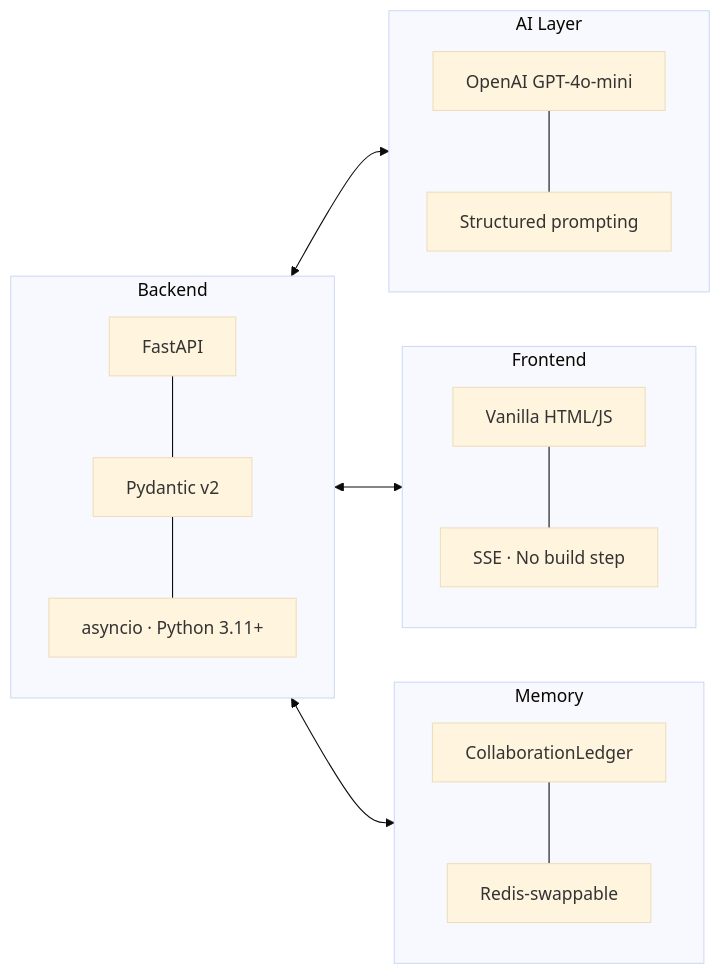
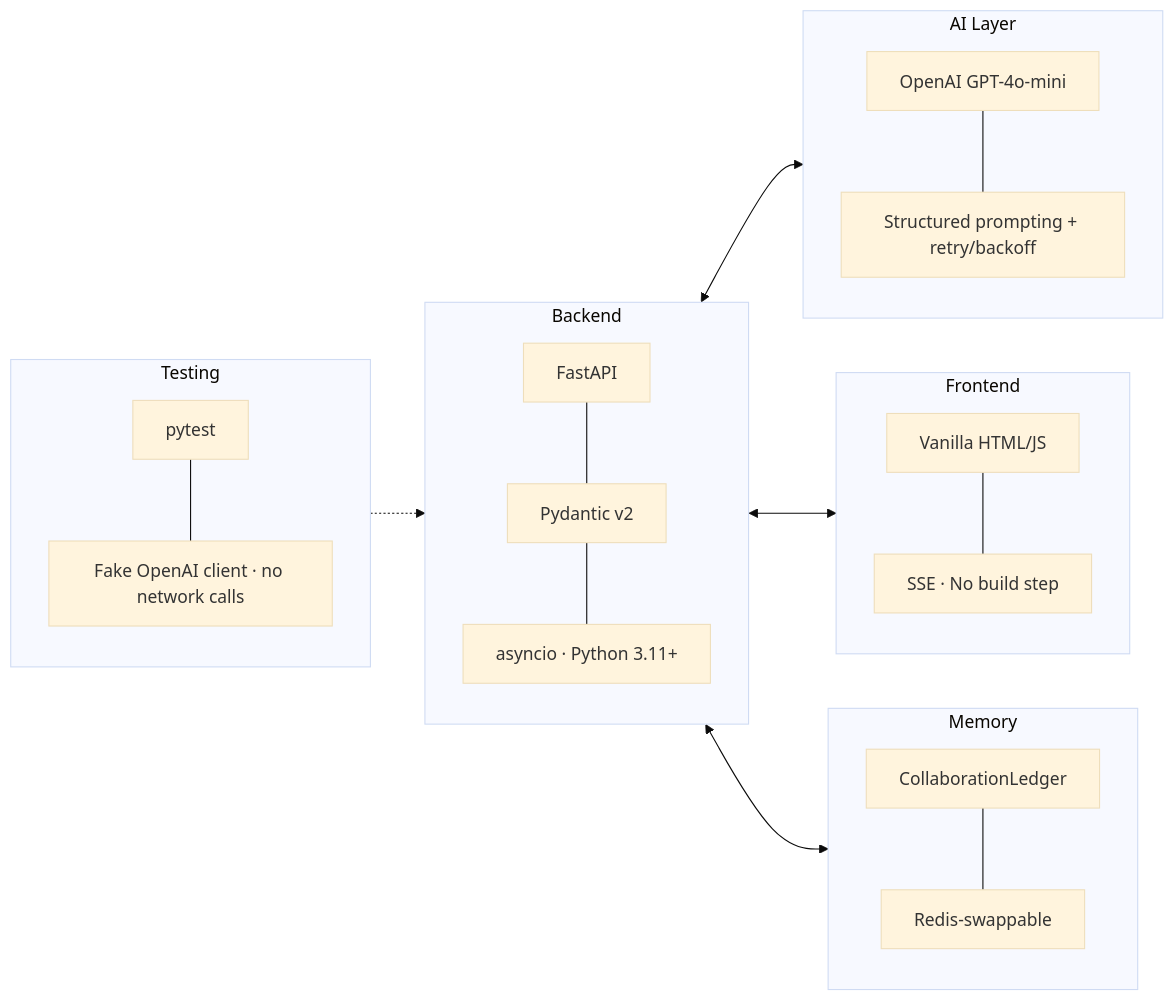
One commit to divyat2605/creator-collab-coordinator changed the eighth of 8 diagrams in README.md. Above: the diagram before and after it, drawn with Mermaid (base theme). The commit also changed other lines of this file and 100 other files, not shown here.

````diff
--- a/README.md
+++ b/README.md
@@ -405,18 +461,22 @@
 ```mermaid
 flowchart LR
     subgraph BE["Backend"]
         B1[FastAPI] --- B2[Pydantic v2] --- B3[asyncio · Python 3.11+]
     end
     subgraph AI["AI Layer"]
-        A1[OpenAI GPT-4o-mini] --- A2[Structured prompting]
+        A1[OpenAI GPT-4o-mini] --- A2[Structured prompting + retry/backoff]
     end
     subgraph FE["Frontend"]
         F1[Vanilla HTML/JS] --- F2[SSE · No build step]
     end
     subgraph MEM["Memory"]
         M1[CollaborationLedger] --- M2[Redis-swappable]
     end
+    subgraph TEST["Testing"]
+        T1[pytest] --- T2[Fake OpenAI client · no network calls]
+    end
     BE <--> AI
     BE <--> FE
     BE <--> MEM
+    TEST -.-> BE
 ```
````
